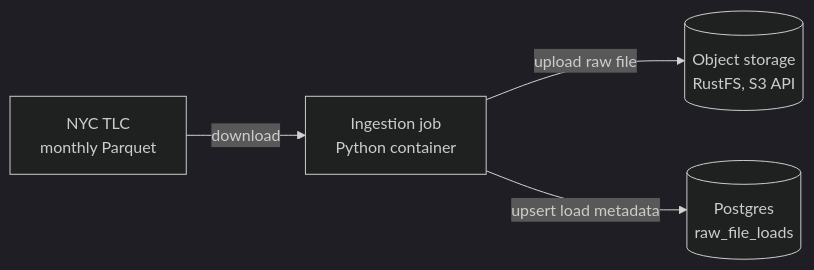
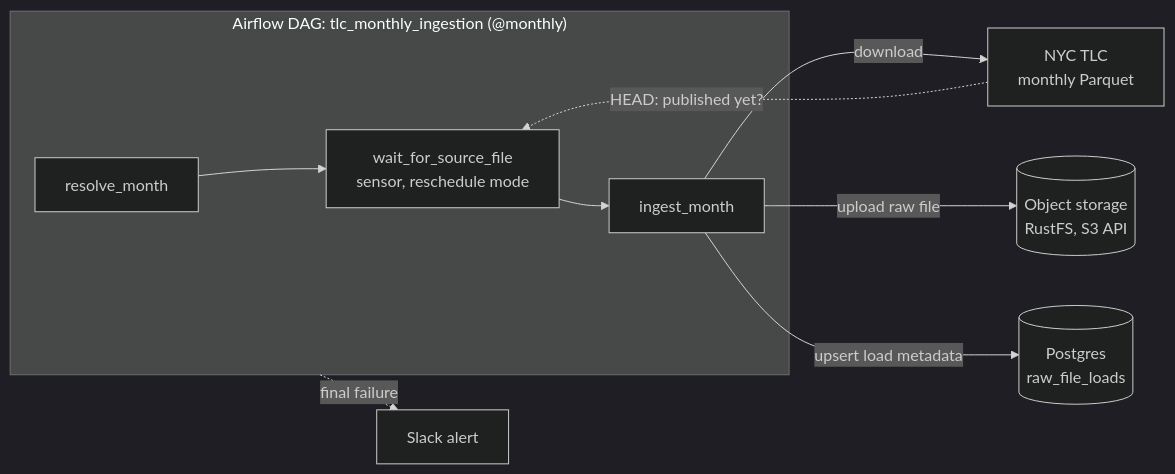
The second of 2 diagrams in README.md (reaksmeylim07/nyc-mobility-platform), drawn with Mermaid (dark theme) before and after one commit. The commit also changed other lines of this file, not shown here.

Commit message:
docs: document Airflow orchestration and add trade-offs 4-6

````diff
--- a/README.md
+++ b/README.md
@@ -75,6 +78,11 @@
 ```mermaid
 flowchart LR
-    A[NYC TLC<br/>monthly Parquet] -->|download| B[Ingestion job<br/>Python container]
-    B -->|upload raw file| C[(Object storage<br/>RustFS, S3 API)]
-    B -->|upsert load metadata| D[(Postgres<br/>raw_file_loads)]
+    subgraph Airflow["Airflow DAG: tlc_monthly_ingestion (@monthly)"]
+        R[resolve_month] --> W[wait_for_source_file<br/>sensor, reschedule mode] --> I[ingest_month]
+    end
+    S[NYC TLC<br/>monthly Parquet] -. HEAD: published yet? .-> W
+    I -->|download| S
+    I -->|upload raw file| C[(Object storage<br/>RustFS, S3 API)]
+    I -->|upsert load metadata| D[(Postgres<br/>raw_file_loads)]
+    Airflow -. final failure .-> A[Slack alert]
 ```
````
